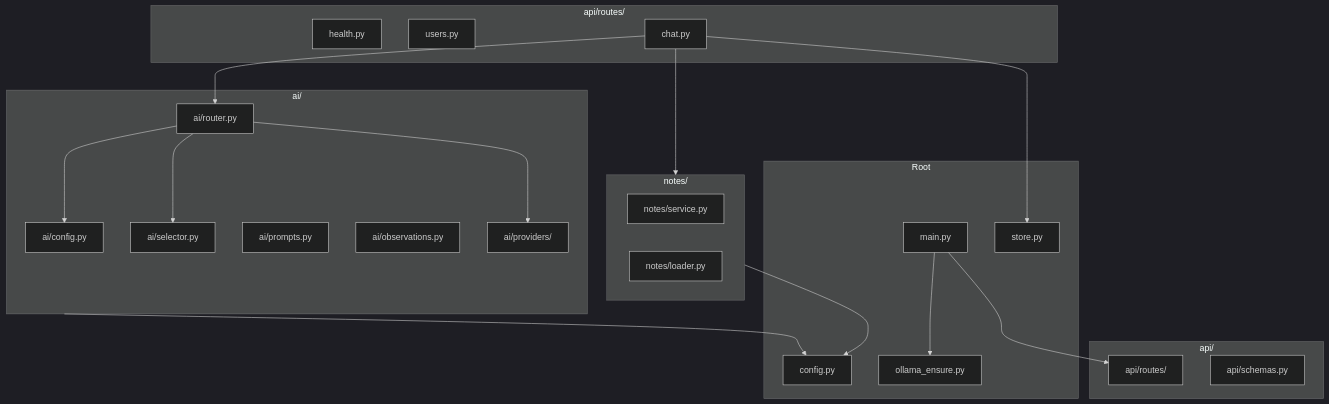
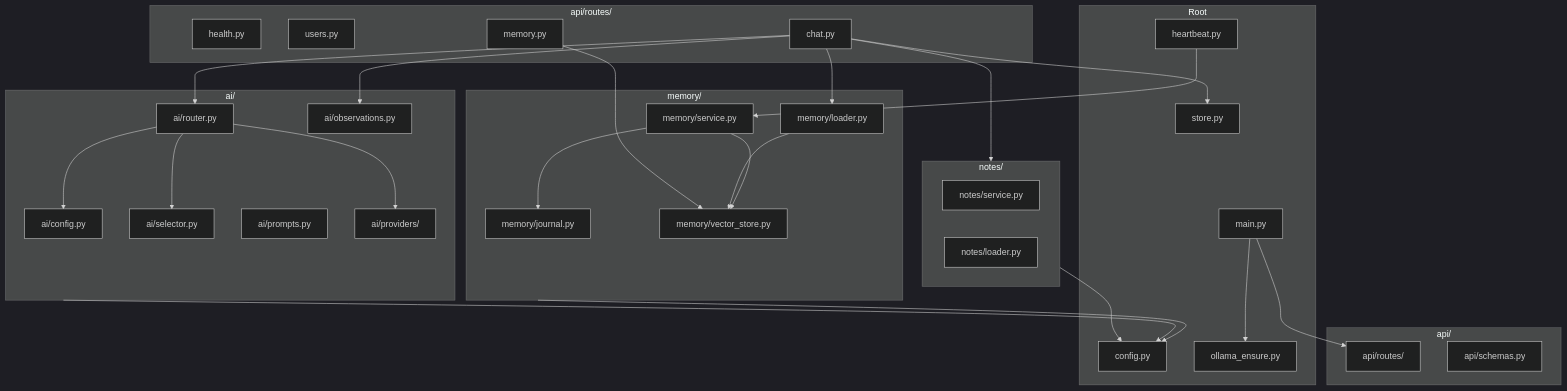
The fourth of 7 diagrams in docs/ARCHITECTURE.md (StevenGann/Gregory), drawn with Mermaid (dark theme) before and after one commit. The commit also changed other lines of this file and 15 other files, not shown here.

````diff
--- a/docs/ARCHITECTURE.md
+++ b/docs/ARCHITECTURE.md
@@ -122,45 +137,62 @@
 ```mermaid
 flowchart TB
     subgraph api [api/]
         routes[api/routes/]
         schemas[api/schemas.py]
     end
 
     subgraph routes_detail [api/routes/]
         health[health.py]
         users[users.py]
         chat[chat.py]
+        mem_route[memory.py]
     end
 
     subgraph ai [ai/]
         config_ai[ai/config.py]
         router[ai/router.py]
         selector[ai/selector.py]
         prompts[ai/prompts.py]
         observations[ai/observations.py]
         providers[ai/providers/]
     end
 
     subgraph notes [notes/]
         service[notes/service.py]
         loader[notes/loader.py]
     end
 
+    subgraph memory [memory/]
+        journal[memory/journal.py]
+        vector_store[memory/vector_store.py]
+        mem_service[memory/service.py]
+        mem_loader[memory/loader.py]
+    end
+
     subgraph root [Root]
         main[main.py]
         config[config.py]
         store[store.py]
+        heartbeat[heartbeat.py]
         ollama_ensure[ollama_ensure.py]
     end
 
     main --> routes
     chat --> router
     chat --> notes
     chat --> store
+    chat --> mem_loader
+    chat --> observations
+    mem_route --> vector_store
+    mem_loader --> vector_store
+    mem_service --> journal
+    mem_service --> vector_store
+    heartbeat --> mem_service
     router --> config_ai
     router --> selector
     router --> providers
     main --> ollama_ensure
     notes --> config
     ai --> config
+    memory --> config
 ```
````
